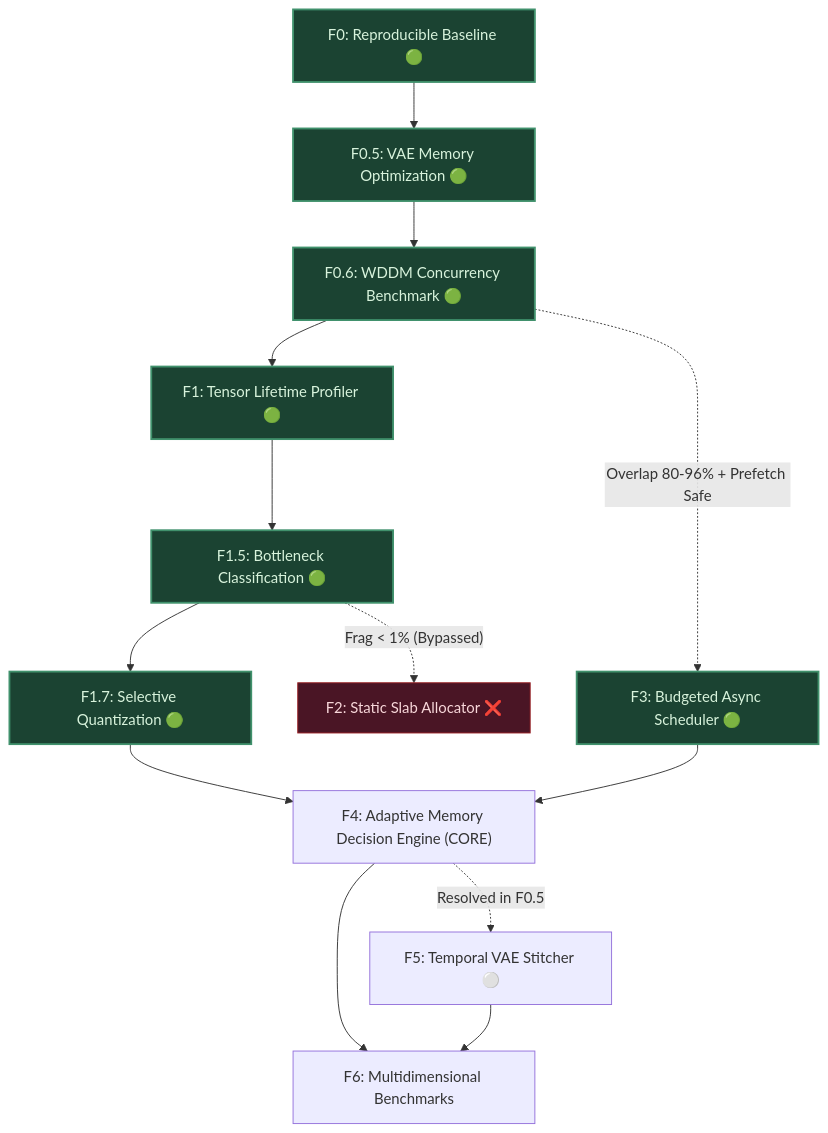
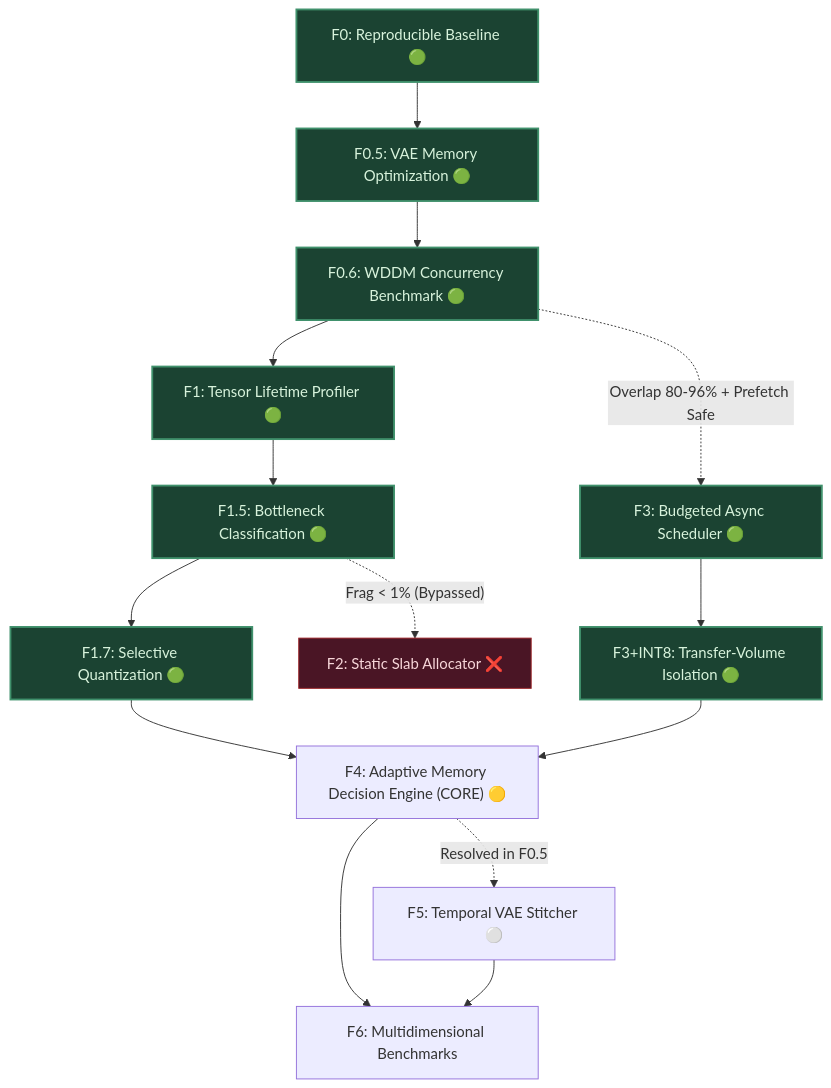
Before and after one commit to LARP/marley-adaptive-runtime: the diagram in ROADMAP.md, drawn with Mermaid. The commit also changed other lines of this file and 3 other files, not shown here.

First line of the commit message:
docs(f4): close F3+INT8 as baseline and plan F4 adaptive engine

````diff
--- a/ROADMAP.md
+++ b/ROADMAP.md
@@ -55,21 +57,22 @@
 ```mermaid
 flowchart TD
     F0["F0: Reproducible Baseline 🟢"] --> F05["F0.5: VAE Memory Optimization 🟢"]
     F05 --> F06["F0.6: WDDM Concurrency Benchmark 🟢"]
     F06 --> F1["F1: Tensor Lifetime Profiler 🟢"]
     F1 --> F15["F1.5: Bottleneck Classification 🟢"]
     F15 --> F17["F1.7: Selective Quantization 🟢"]
     F15 -.->|"Frag < 1% (Bypassed)"| F2["F2: Static Slab Allocator ❌"]
     F06 -.->|"Overlap 80-96% + Prefetch Safe"| F3["F3: Budgeted Async Scheduler 🟢"]
-    F17 --> F4["F4: Adaptive Memory Decision Engine (CORE)"]
-    F3 --> F4
+    F17 --> F4["F4: Adaptive Memory Decision Engine (CORE) 🟡"]
+    F3 --> F3I8["F3+INT8: Transfer-Volume Isolation 🟢"] --> F4
     F4 -.->|"Resolved in F0.5"| F5["F5: Temporal VAE Stitcher ⚪"]
     F4 --> F6["F6: Multidimensional Benchmarks"]
     F5 --> F6
 
     classDef pass fill:#1b4332,stroke:#40916c,stroke-width:2px,color:#d8f3dc;
     classDef inprog fill:#5c4d00,stroke:#d4af37,stroke-width:2px,color:#fff3b0;
     classDef bypass fill:#4a1525,stroke:#9b2226,stroke-width:1px,color:#f8d7da;
     class F0,F05,F06,F1,F15,F17,F3 pass;
+    class F3I8 pass;
     class F2 bypass;
 ```
````
